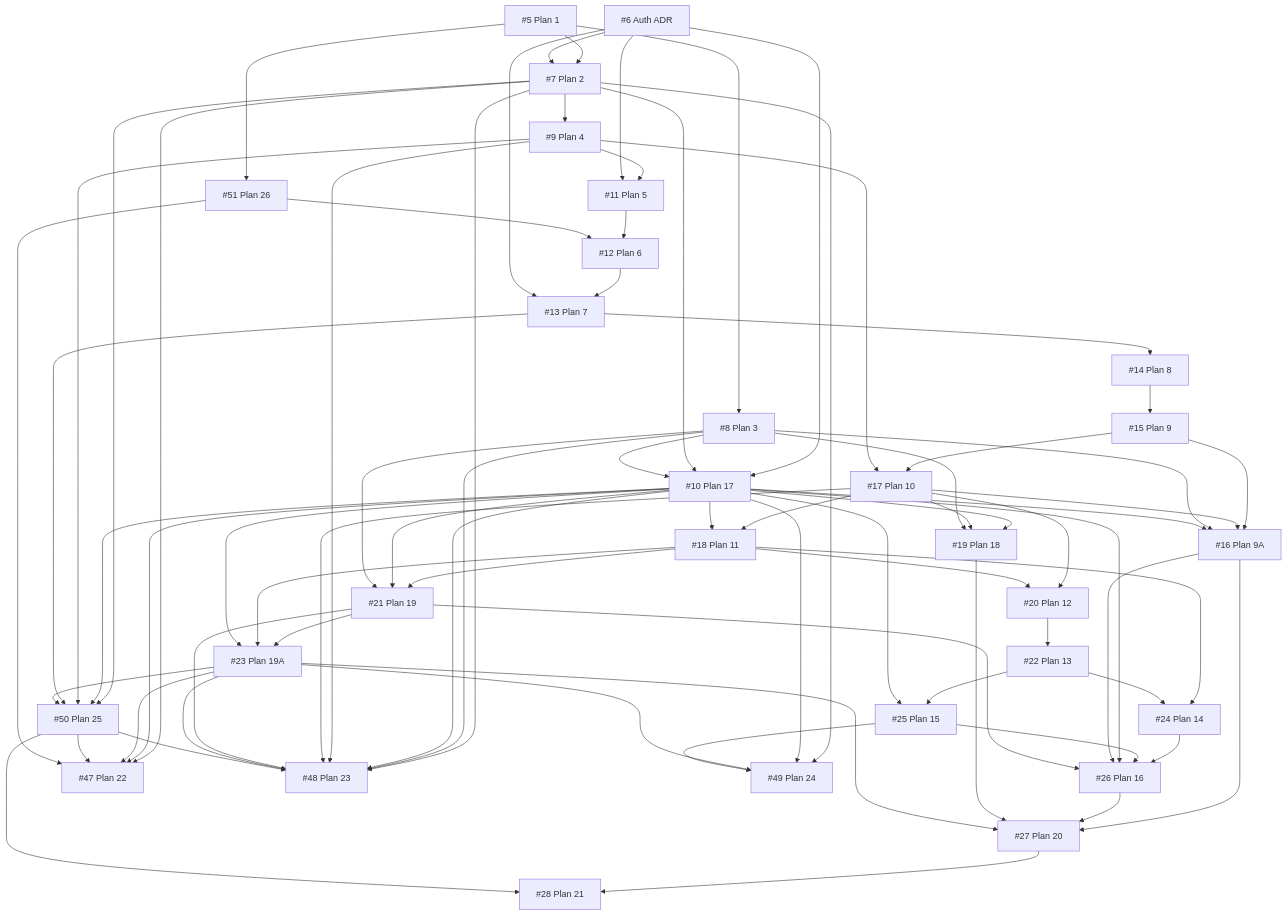
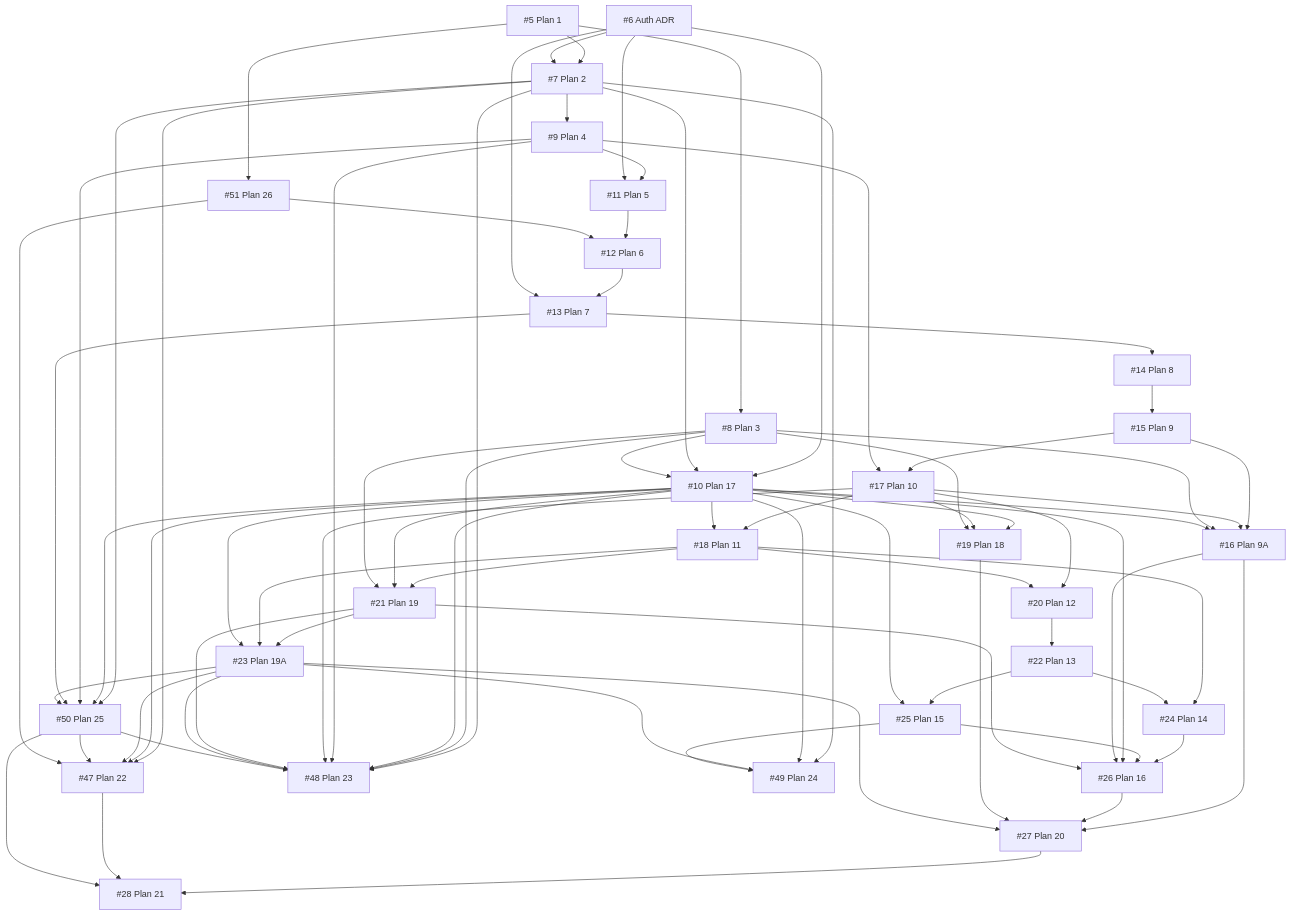
The diagram in docs/INITIAL_ISSUES.md (TomokiAkiyama06/server-sentinel), drawn with Mermaid before and after one commit. The commit also changed other lines of this file and 1 other file, not shown here.

```diff
--- a/docs/INITIAL_ISSUES.md
+++ b/docs/INITIAL_ISSUES.md
@@ -142,6 +142,7 @@
   i19 --> i27
   i23 --> i27
   i27 --> i28
+  i47 --> i28
   i50 --> i28
   i7 --> i47
   i10 --> i47
```
